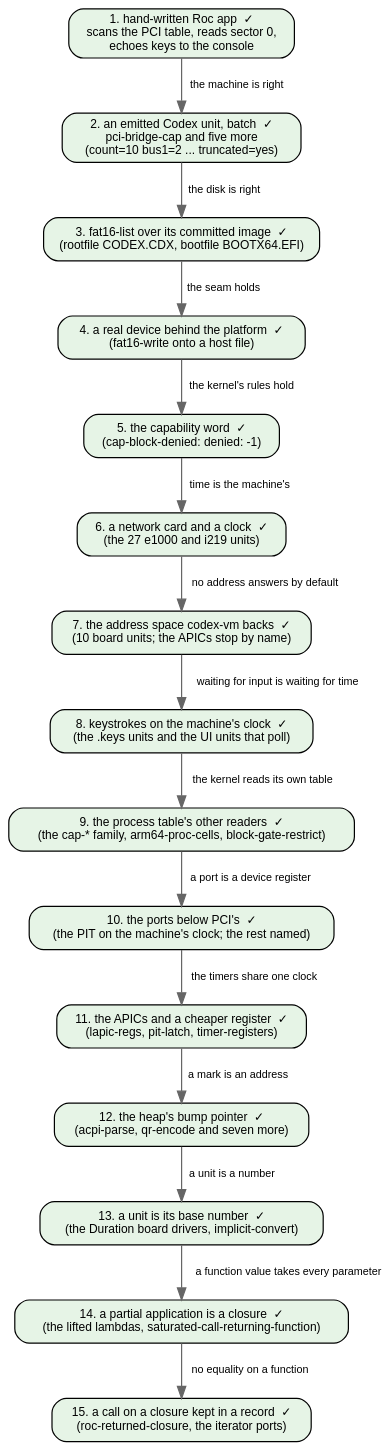
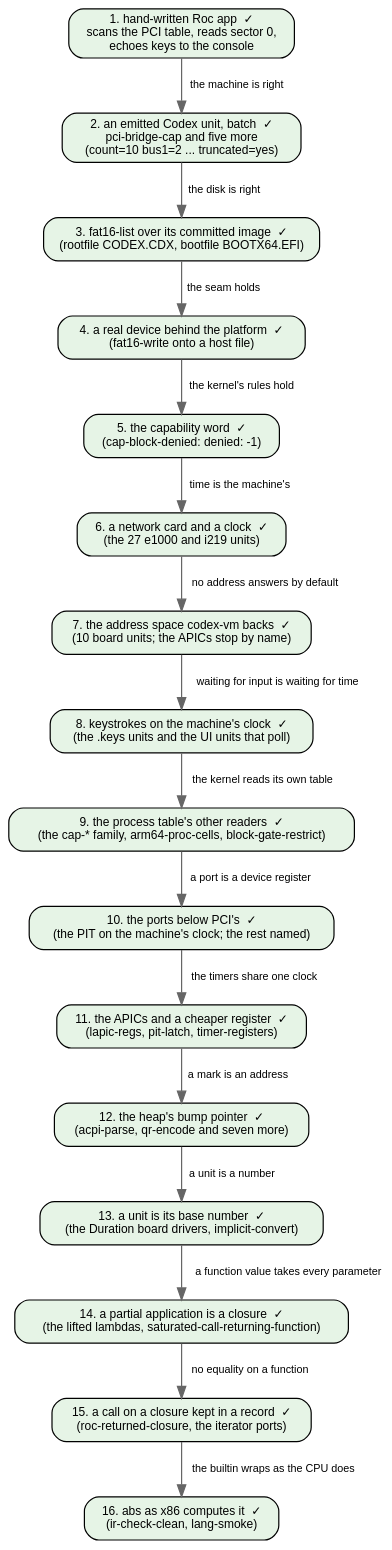
Diagram 11 of 11 in notes/roc-machine-emulator.md (showell/essay-repl-server), drawn with Graphviz before and after one commit. The commit also changed other lines of this file, not shown here.

First line of the commit message:
roc-machine-emulator: step 16, abs as x86 computes it

````diff
--- a/notes/roc-machine-emulator.md
+++ b/notes/roc-machine-emulator.md
@@ -947,37 +961,39 @@
 ```dot
 digraph demo {
   rankdir=TB; bgcolor="transparent";
   node [shape=box style="rounded,filled" fontname="Helvetica" fontsize=10 fillcolor="#ffffff"];
   edge [fontname="Helvetica" fontsize=9 color="#666666"];
 
   a [label="1. hand-written Roc app  ✓\nscans the PCI table, reads sector 0,\nechoes keys to the console" fillcolor="#e6f4e6"];
   b [label="2. an emitted Codex unit, batch  ✓\npci-bridge-cap and five more\n(count=10 bus1=2 ... truncated=yes)" fillcolor="#e6f4e6"];
   c [label="3. fat16-list over its committed image  ✓\n(rootfile CODEX.CDX, bootfile BOOTX64.EFI)" fillcolor="#e6f4e6"];
   d [label="4. a real device behind the platform  ✓\n(fat16-write onto a host file)" fillcolor="#e6f4e6"];
   e [label="5. the capability word  ✓\n(cap-block-denied: denied: -1)" fillcolor="#e6f4e6"];
   f [label="6. a network card and a clock  ✓\n(the 27 e1000 and i219 units)" fillcolor="#e6f4e6"];
   g [label="7. the address space codex-vm backs  ✓\n(10 board units; the APICs stop by name)" fillcolor="#e6f4e6"];
   h [label="8. keystrokes on the machine's clock  ✓\n(the .keys units and the UI units that poll)" fillcolor="#e6f4e6"];
   i [label="9. the process table's other readers  ✓\n(the cap-* family, arm64-proc-cells, block-gate-restrict)" fillcolor="#e6f4e6"];
   j [label="10. the ports below PCI's  ✓\n(the PIT on the machine's clock; the rest named)" fillcolor="#e6f4e6"];
   k [label="11. the APICs and a cheaper register  ✓\n(lapic-regs, pit-latch, timer-registers)" fillcolor="#e6f4e6"];
   l [label="12. the heap's bump pointer  ✓\n(acpi-parse, qr-encode and seven more)" fillcolor="#e6f4e6"];
   m [label="13. a unit is its base number  ✓\n(the Duration board drivers, implicit-convert)" fillcolor="#e6f4e6"];
   n [label="14. a partial application is a closure  ✓\n(the lifted lambdas, saturated-call-returning-function)" fillcolor="#e6f4e6"];
   o [label="15. a call on a closure kept in a record  ✓\n(roc-returned-closure, the iterator ports)" fillcolor="#e6f4e6"];
+  p [label="16. abs as x86 computes it  ✓\n(ir-check-clean, lang-smoke)" fillcolor="#e6f4e6"];
   a -> b [label="the machine is right"];
   b -> c [label="the disk is right"];
   c -> d [label="the seam holds"];
   d -> e [label="the kernel's rules hold"];
   e -> f [label="time is the machine's"];
   f -> g [label="no address answers by default"];
   g -> h [label="waiting for input is waiting for time"];
   h -> i [label="the kernel reads its own table"];
   i -> j [label="a port is a device register"];
   j -> k [label="the timers share one clock"];
   k -> l [label="a mark is an address"];
   l -> m [label="a unit is a number"];
   m -> n [label="a function value takes every parameter"];
   n -> o [label="no equality on a function"];
+  o -> p [label="the builtin wraps as the CPU does"];
 }
 ```
````
